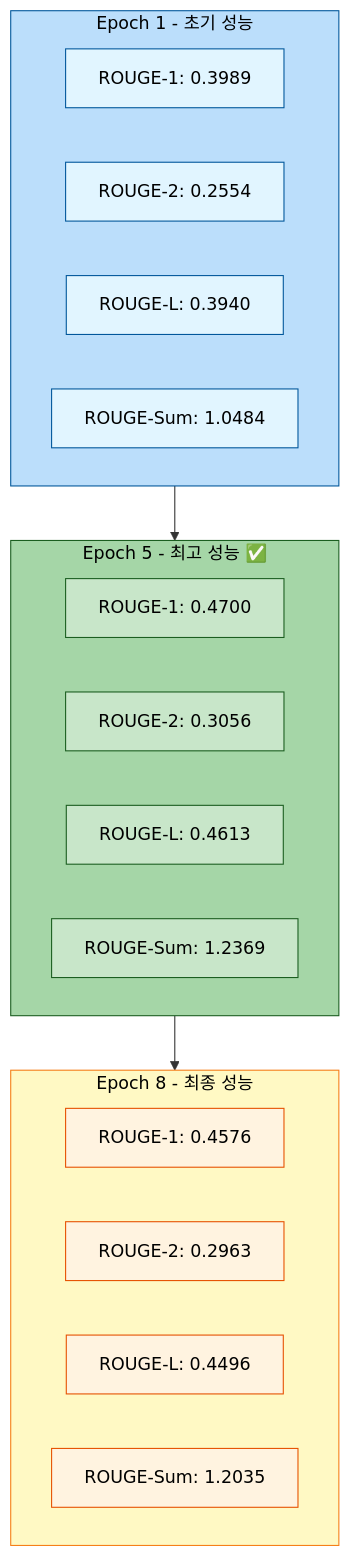
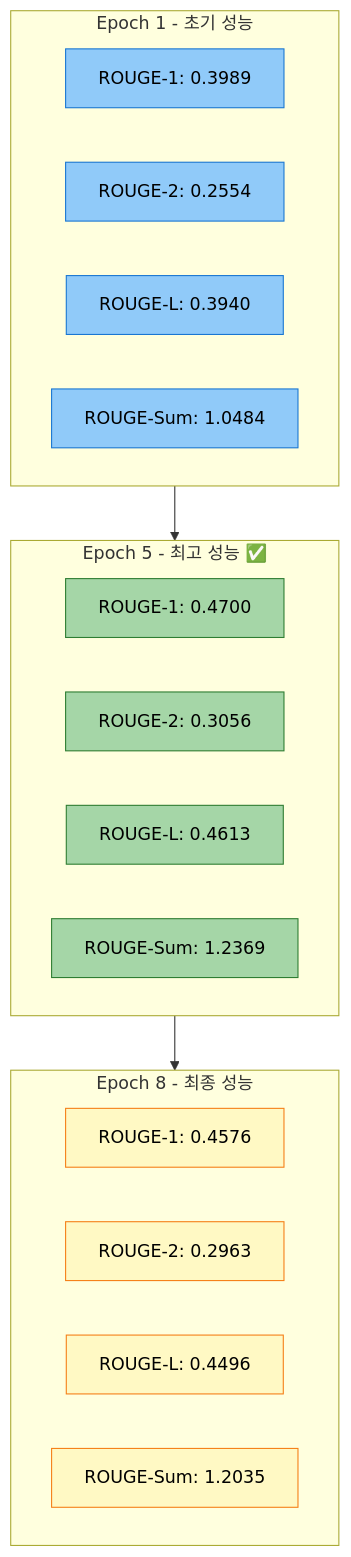
One commit to AIBootcamp14/naturallanguageprocessingcompetition-nlp-1 changed the fifth of 15 diagrams in docs/experiments/20251013_111525_strategy1_kobart_optimized_실험분석.md. Above: the diagram before and after it, drawn with Mermaid. The commit also changed other lines of this file, not shown here.

Commit message:
fix: 실험 분석 문서 mermaid 스타일 수정   - 모든 mermaid 다이어그램을 개별 노드 스타일 형식으로 변경   - subgraph 스타일 제거, 개별 노드별 색상 적용   - 20251012 문서 스타일 형식에 맞춰 통일   - experiments_style.md의 모든 예시 코드도 동일하게 수정

````diff
--- a/docs/experiments/20251013_111525_strategy1_kobart_optimized_실험분석.md
+++ b/docs/experiments/20251013_111525_strategy1_kobart_optimized_실험분석.md
@@ -229,45 +244,41 @@
 ```mermaid
 graph TB
     subgraph Epoch1["Epoch 1 - 초기 성능"]
         E1R1[ROUGE-1: 0.3989]
         E1R2[ROUGE-2: 0.2554]
         E1RL[ROUGE-L: 0.3940]
         E1SUM[ROUGE-Sum: 1.0484]
     end
 
     subgraph Epoch5["Epoch 5 - 최고 성능 ✅"]
         E5R1[ROUGE-1: 0.4700]
         E5R2[ROUGE-2: 0.3056]
         E5RL[ROUGE-L: 0.4613]
         E5SUM[ROUGE-Sum: 1.2369]
     end
 
     subgraph Epoch8["Epoch 8 - 최종 성능"]
         E8R1[ROUGE-1: 0.4576]
         E8R2[ROUGE-2: 0.2963]
         E8RL[ROUGE-L: 0.4496]
         E8SUM[ROUGE-Sum: 1.2035]
     end
 
     Epoch1 --> Epoch5
     Epoch5 --> Epoch8
 
-    style Epoch1 fill:#bbdefb,stroke:#01579b,color:#000
-    style Epoch5 fill:#a5d6a7,stroke:#1b5e20,color:#000
-    style Epoch8 fill:#fff9c4,stroke:#f57f17,color:#000
+    style E1R1 fill:#90caf9,stroke:#1976d2,color:#000
+    style E1R2 fill:#90caf9,stroke:#1976d2,color:#000
+    style E1RL fill:#90caf9,stroke:#1976d2,color:#000
+    style E1SUM fill:#90caf9,stroke:#1976d2,color:#000
 
-    style E1R1 fill:#e1f5ff,stroke:#01579b,color:#000
-    style E1R2 fill:#e1f5ff,stroke:#01579b,color:#000
-    style E1RL fill:#e1f5ff,stroke:#01579b,color:#000
-    style E1SUM fill:#e1f5ff,stroke:#01579b,color:#000
+    style E5R1 fill:#a5d6a7,stroke:#2e7d32,color:#000
+    style E5R2 fill:#a5d6a7,stroke:#2e7d32,color:#000
+    style E5RL fill:#a5d6a7,stroke:#2e7d32,color:#000
+    style E5SUM fill:#a5d6a7,stroke:#2e7d32,color:#000
 
-    style E5R1 fill:#c8e6c9,stroke:#1b5e20,color:#000
-    style E5R2 fill:#c8e6c9,stroke:#1b5e20,color:#000
-    style E5RL fill:#c8e6c9,stroke:#1b5e20,color:#000
-    style E5SUM fill:#c8e6c9,stroke:#1b5e20,color:#000
-
-    style E8R1 fill:#fff3e0,stroke:#e65100,color:#000
-    style E8R2 fill:#fff3e0,stroke:#e65100,color:#000
-    style E8RL fill:#fff3e0,stroke:#e65100,color:#000
-    style E8SUM fill:#fff3e0,stroke:#e65100,color:#000
+    style E8R1 fill:#fff9c4,stroke:#f57f17,color:#000
+    style E8R2 fill:#fff9c4,stroke:#f57f17,color:#000
+    style E8RL fill:#fff9c4,stroke:#f57f17,color:#000
+    style E8SUM fill:#fff9c4,stroke:#f57f17,color:#000
 ```
````
